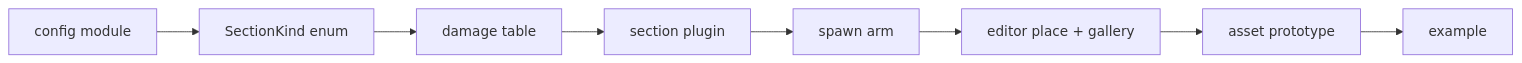
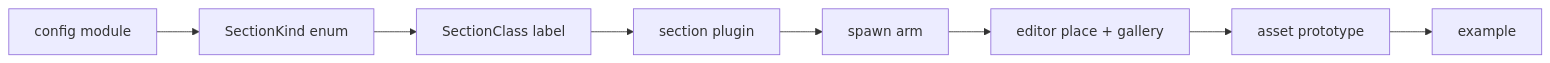
One commit to alexjercan/nova-protocol changed the diagram in web/src/wiki/dev/guide-add-section.md. Above: the diagram before and after it, drawn with Mermaid. The commit also changed other lines of this file and 30 other files, not shown here.

````diff
--- a/web/src/wiki/dev/guide-add-section.md
+++ b/web/src/wiki/dev/guide-add-section.md
@@ -25,10 +25,10 @@
 ```mermaid
 flowchart LR
     A[config module] --> B[SectionKind enum]
-    B --> C[damage table]
+    B --> C[SectionClass label]
     C --> D[section plugin]
     D --> E[spawn arm]
     E --> F[editor place + gallery]
     F --> G[asset prototype]
     G --> H[example]
 ```
````
